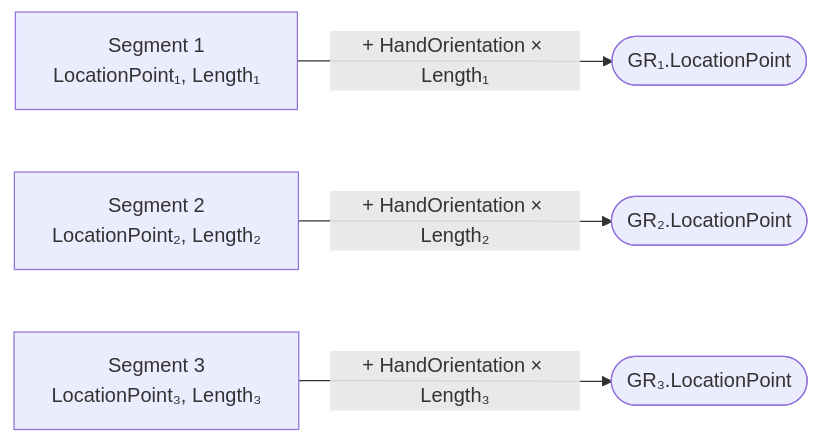
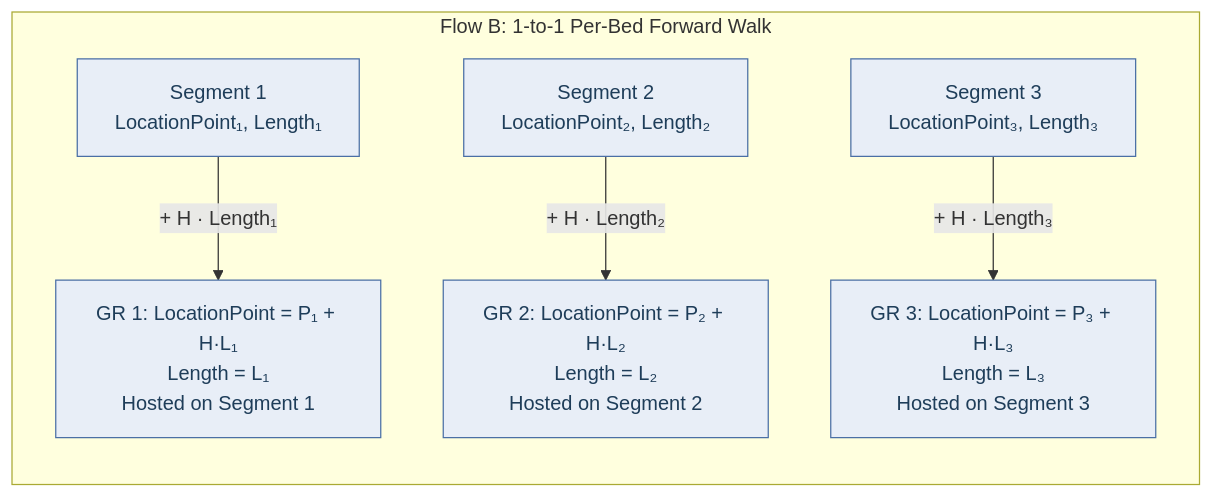
Before and after one commit to Mustafa-TOMMY/CommandSamplesRevitApiVer2025: diagram 16 of 20 in RevitApiSamples/Samples/TransformModule/ProjectCases/Conveyor/ConveyorFamilyGeometry.md, drawn with Mermaid. The commit also changed other lines of this file, not shown here.

Commit message:
docs(transform): add comprehensive diagram suite to ConveyorFamilyGeometry.md

````diff
--- a/RevitApiSamples/Samples/TransformModule/ProjectCases/Conveyor/ConveyorFamilyGeometry.md
+++ b/RevitApiSamples/Samples/TransformModule/ProjectCases/Conveyor/ConveyorFamilyGeometry.md
@@ -759,6 +767,11 @@
 ```mermaid
 flowchart LR
-    Seg1["Segment 1<br/>LocationPoint₁, Length₁"] -->|"+ HandOrientation × Length₁"| GR1(["GR₁.LocationPoint"])
-    Seg2["Segment 2<br/>LocationPoint₂, Length₂"] -->|"+ HandOrientation × Length₂"| GR2(["GR₂.LocationPoint"])
-    Seg3["Segment 3<br/>LocationPoint₃, Length₃"] -->|"+ HandOrientation × Length₃"| GR3(["GR₃.LocationPoint"])
+    subgraph CVB_Forward ["Flow B: 1-to-1 Per-Bed Forward Walk"]
+        Seg1["Segment 1<br/>LocationPoint₁, Length₁"] -->|"+ H · Length₁"| GR1["GR 1: LocationPoint = P₁ + H·L₁<br/>Length = L₁<br/>Hosted on Segment 1"]
+        Seg2["Segment 2<br/>LocationPoint₂, Length₂"] -->|"+ H · Length₂"| GR2["GR 2: LocationPoint = P₂ + H·L₂<br/>Length = L₂<br/>Hosted on Segment 2"]
+        Seg3["Segment 3<br/>LocationPoint₃, Length₃"] -->|"+ H · Length₃"| GR3["GR 3: LocationPoint = P₃ + H·L₃<br/>Length = L₃<br/>Hosted on Segment 3"]
+    end
+
+    classDef cvb fill:#e8eef7,stroke:#4a6fa5,color:#1e3d59;
+    class Seg1,Seg2,Seg3,GR1,GR2,GR3 cvb
 ```
````
